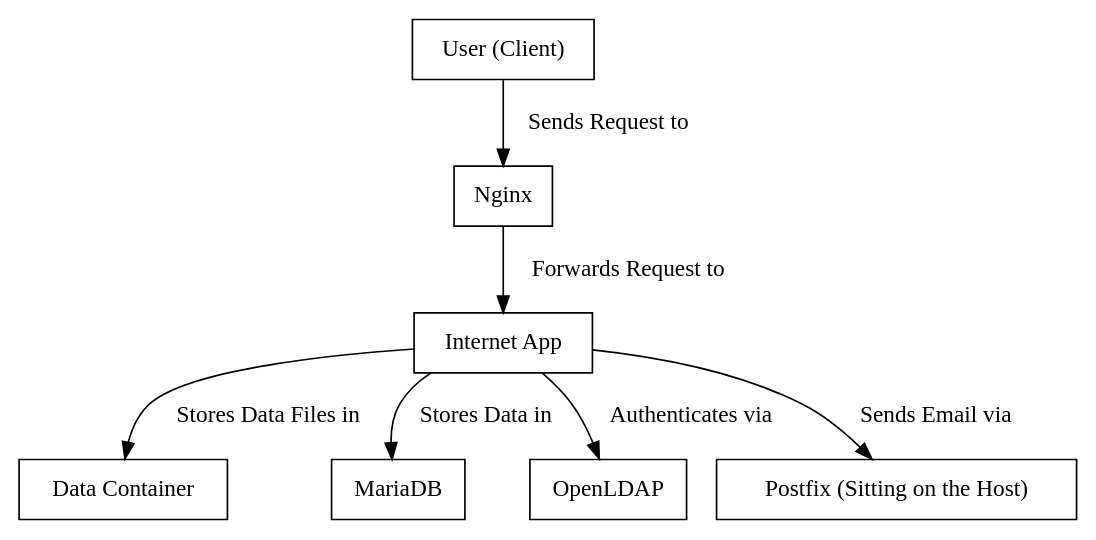
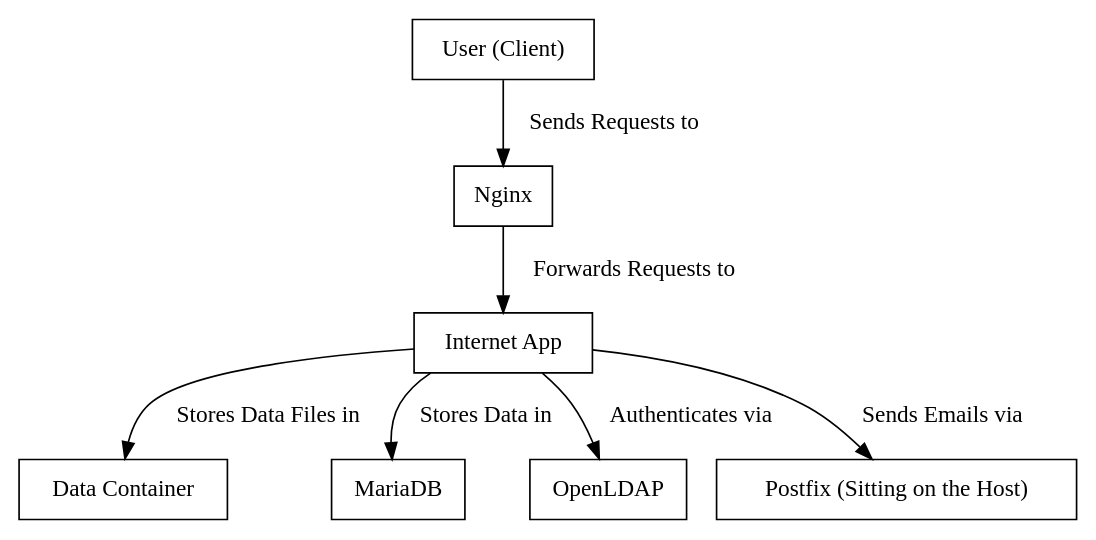
One commit to blowb/blowb-doc changed the diagram in overview.rst. Above: the diagram before and after it, drawn with Graphviz.

Commit message:
A little text updates in the overview figure.

```diff
--- a/overview.rst
+++ b/overview.rst
@@ -11,23 +11,23 @@
 .. graphviz::
    :alt: Overview of the deployment structure.
    :caption: Overview of the deployment structure is shown.
 
    digraph structure {
      graph[overlap=false, splines=true]
      node[shape=record]
 
      "app" [label="Internet App"]
      "client" [label="User (Client)"]
      "data" [label="Data Container"]
      "mariadb" [label="MariaDB"]
      "nginx" [label="Nginx"]
      "openldap" [label="OpenLDAP"]
      "postfix" [label="Postfix (Sitting on the Host)"]
 
-     "client" -> "nginx" [label="Sends Request to"]
-     "nginx" -> "app" [label="Forwards Request to"]
+     "client" -> "nginx" [label="Sends Requests to"]
+     "nginx" -> "app" [label="Forwards Requests to"]
      "app" -> "data" [label="Stores Data Files in"]
      "app" -> "mariadb" [label="Stores Data in"]
      "app" -> "openldap" [label="Authenticates via"]
-     "app" -> "postfix" [label="Sends Email via"]
+     "app" -> "postfix" [label="Sends Emails via"]
    }
```
